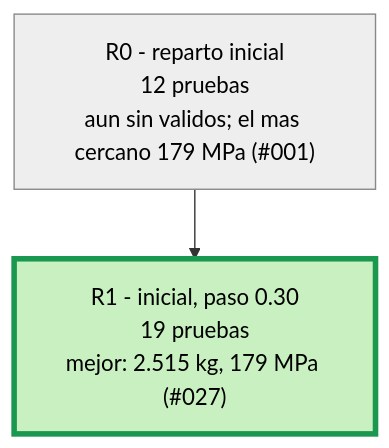
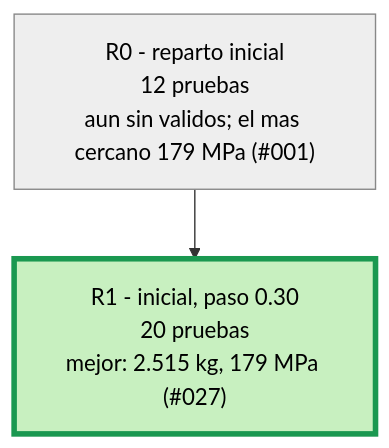
Before and after one commit to Hugiko/msd-soporte-optimizacion: the second of 3 diagrams in runs/opt_37800N/ARBOL.md, drawn with Mermaid. The commit also changed 22 other files, not shown here.

````diff
--- a/runs/opt_37800N/ARBOL.md
+++ b/runs/opt_37800N/ARBOL.md
@@ -21,9 +21,9 @@
 ```mermaid
 graph TD
 classDef activa fill:#d6eaff,stroke:#1f6fb5,color:#000
 classDef fin fill:#eeeeee,stroke:#888,color:#000
 classDef mejor fill:#c8f0c0,stroke:#1a9850,stroke-width:4px,color:#000
 R0["R0 - reparto inicial<br/>12 pruebas<br/>aun sin validos; el mas cercano 179 MPa (#001)"]:::fin
-R1["R1 - inicial, paso 0.30<br/>19 pruebas<br/>mejor: 2.515 kg, 179 MPa (#027)"]:::mejor
+R1["R1 - inicial, paso 0.30<br/>20 pruebas<br/>mejor: 2.515 kg, 179 MPa (#027)"]:::mejor
 R0 --> R1
 ```
````
